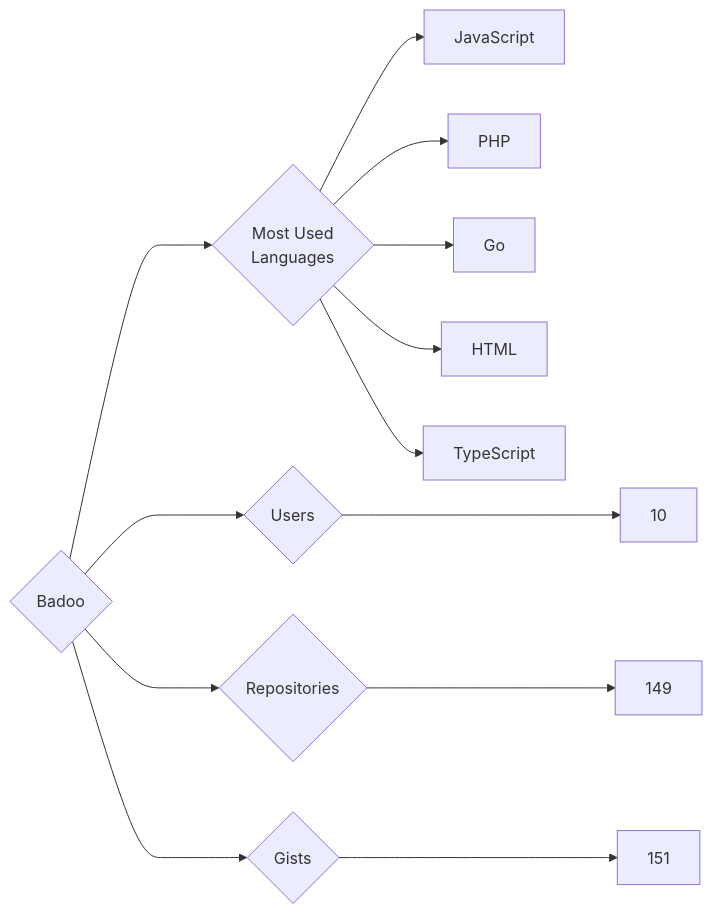
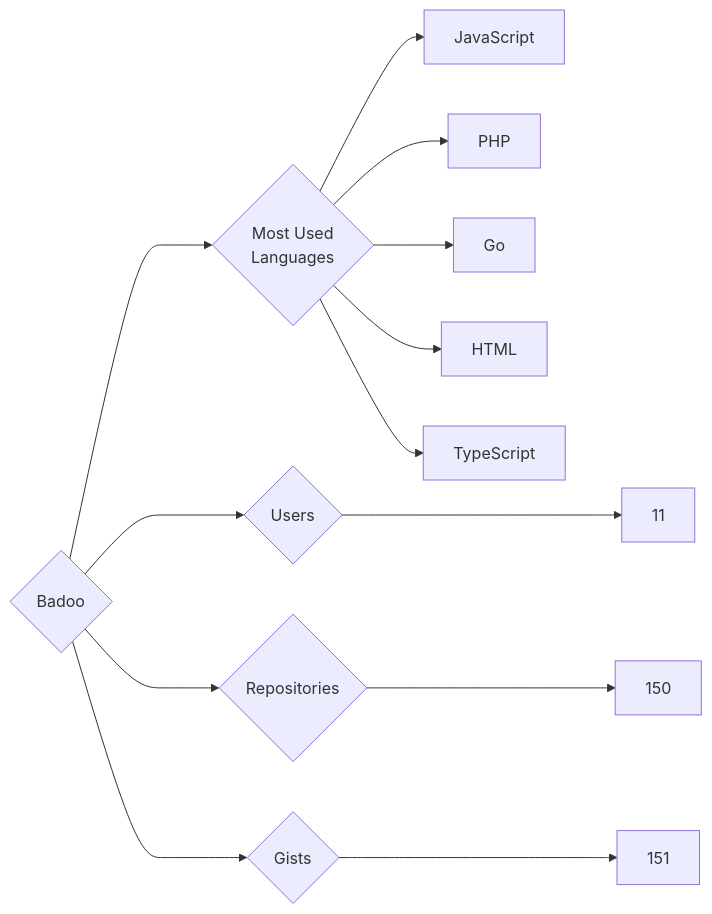
The diagram in targets/Badoo/README.md (trickest/insiders), drawn with Mermaid before and after one commit. The commit also changed 682 other files, not shown here.

````diff
--- a/targets/Badoo/README.md
+++ b/targets/Badoo/README.md
@@ -3,13 +3,13 @@
 ```mermaid
 graph LR
 COMPANY_NAME{Badoo}
-COMPANY_NAME ---> U{Users} ---> UN[10]
-COMPANY_NAME ---> R{Repositories} ---> RN[149]
+COMPANY_NAME ---> U{Users} ---> UN[11]
+COMPANY_NAME ---> R{Repositories} ---> RN[150]
 COMPANY_NAME ---> G{Gists} ---> GN[151]
 COMPANY_NAME ---> ML{Most Used<br>Languages}
 ML --> JavaScript[JavaScript]
 ML --> PHP[PHP]
 ML --> Go[Go]
 ML --> HTML[HTML]
 ML --> TypeScript[TypeScript]
 ```
````
